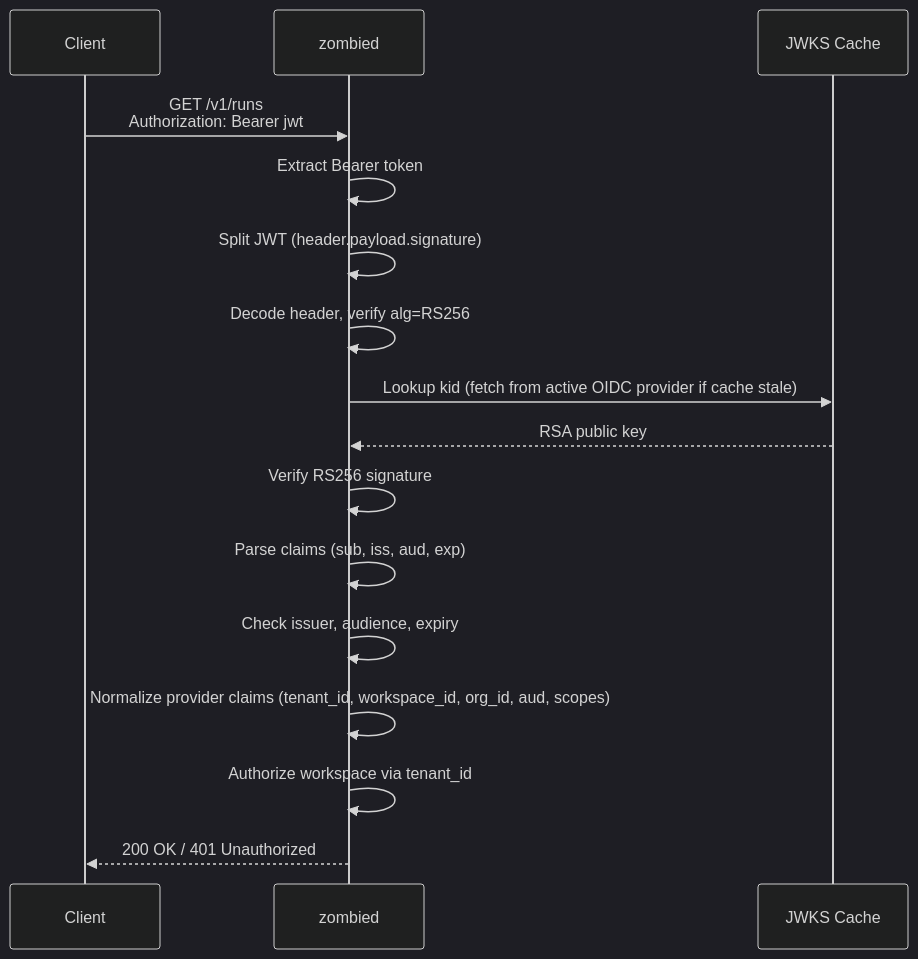
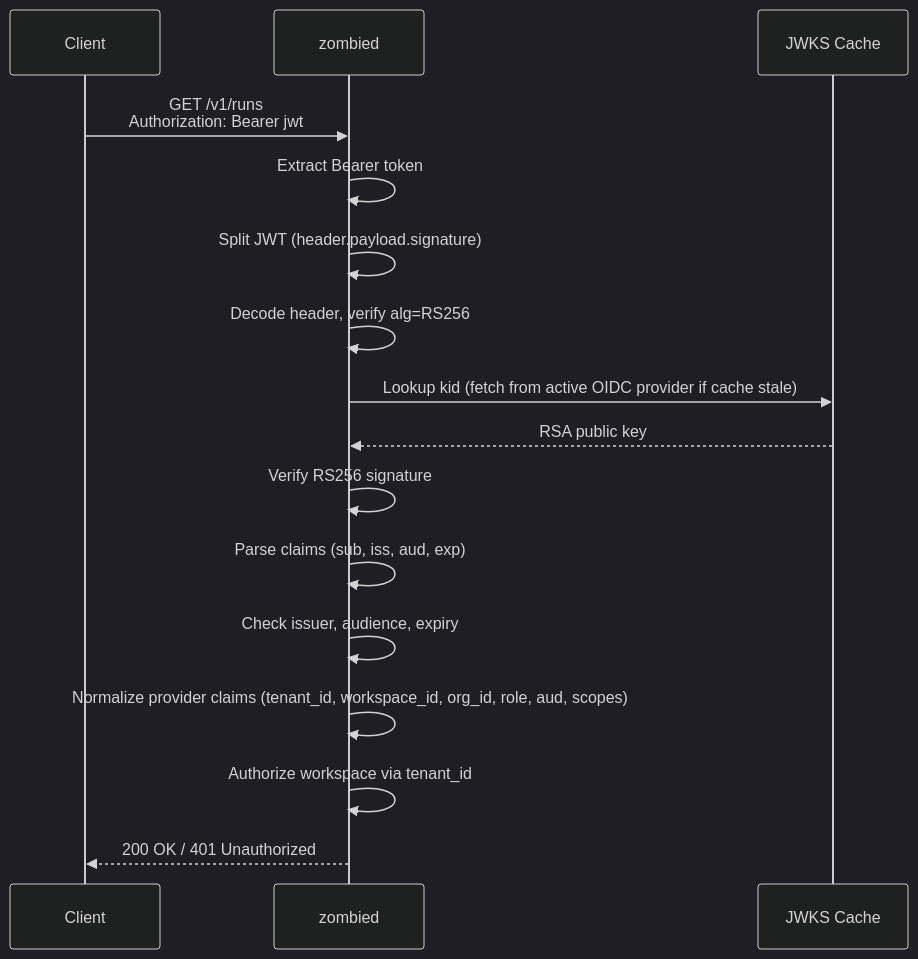
One commit to usezombie/usezombie changed the first of 3 diagrams in docs/security/CLERK.md. Above: the diagram before and after it, drawn with Mermaid (dark theme). The commit also changed other lines of this file and 24 other files, not shown here.

````diff
--- a/docs/security/CLERK.md
+++ b/docs/security/CLERK.md
@@ -29,19 +29,19 @@
 ```mermaid
 sequenceDiagram
     participant C as Client
     participant Z as zombied
     participant JW as JWKS Cache
 
     C->>Z: GET /v1/runs<br/>Authorization: Bearer jwt
     Z->>Z: Extract Bearer token
     Z->>Z: Split JWT (header.payload.signature)
     Z->>Z: Decode header, verify alg=RS256
     Z->>JW: Lookup kid (fetch from active OIDC provider if cache stale)
     JW-->>Z: RSA public key
     Z->>Z: Verify RS256 signature
     Z->>Z: Parse claims (sub, iss, aud, exp)
     Z->>Z: Check issuer, audience, expiry
-    Z->>Z: Normalize provider claims (tenant_id, workspace_id, org_id, aud, scopes)
+    Z->>Z: Normalize provider claims (tenant_id, workspace_id, org_id, role, aud, scopes)
     Z->>Z: Authorize workspace via tenant_id
     Z-->>C: 200 OK / 401 Unauthorized
 ```
````
